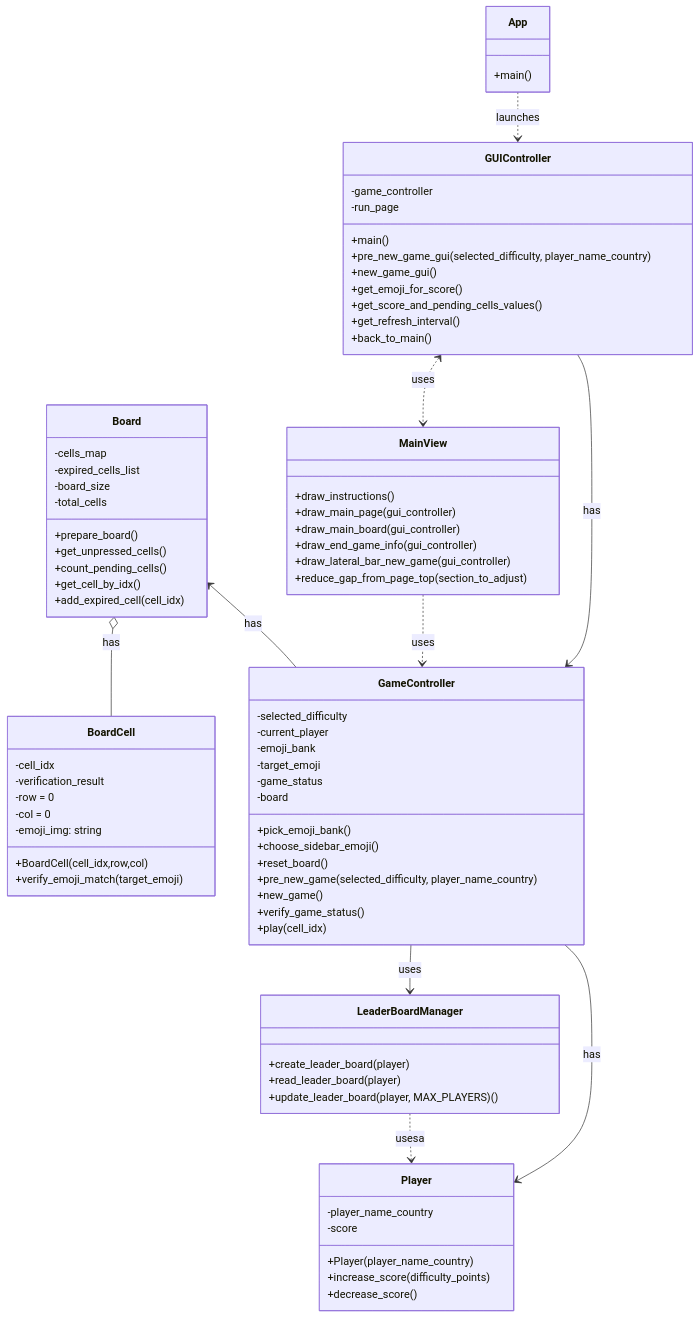
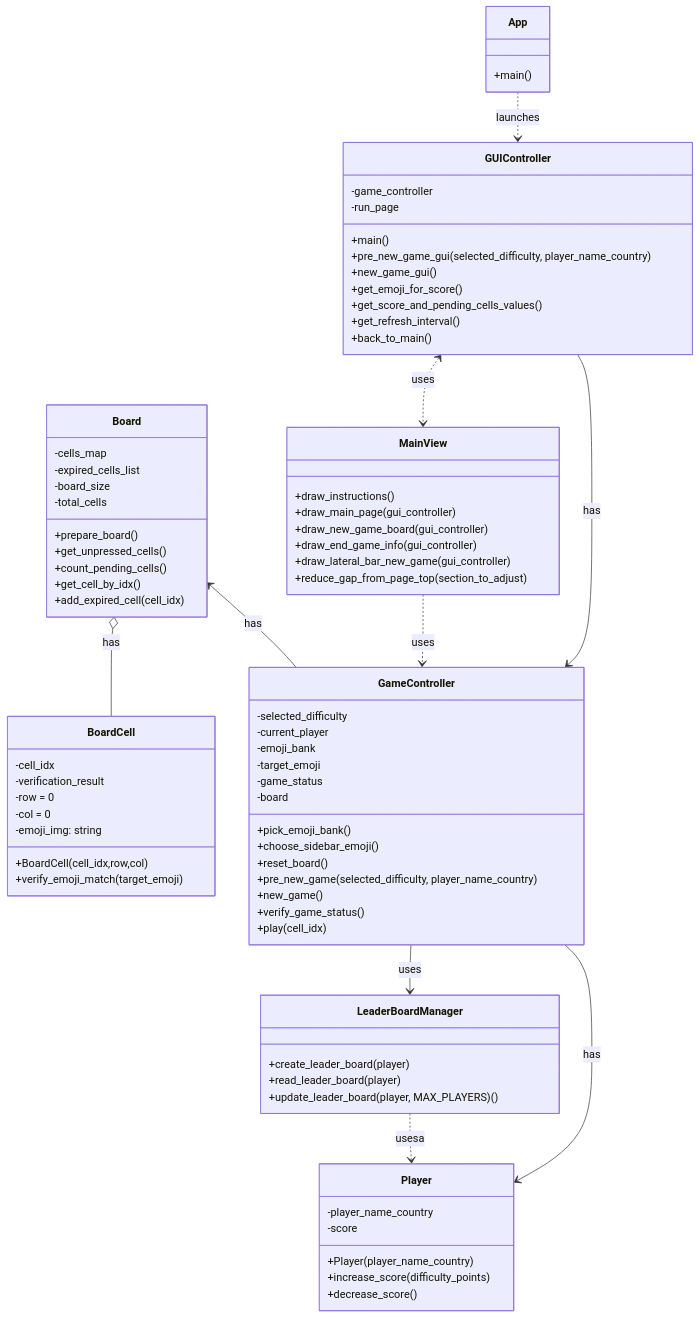
Before and after one commit to 300CIS017-Object-Oriented-Programming/9.-pixmatch_refactor: the diagram in README.md, drawn with Mermaid. The commit also changed 6 other files, not shown here.

````diff
--- a/README.md
+++ b/README.md
@@ -35,82 +35,82 @@
 ```mermaid
 classDiagram
     class GameController {
         -selected_difficulty
         -current_player
         -emoji_bank
         -target_emoji
         -game_status
         -board
         +pick_emoji_bank()
         +choose_sidebar_emoji()
         +reset_board()
         +pre_new_game(selected_difficulty, player_name_country)
         +new_game()
         +verify_game_status()
         +play(cell_idx)
     }
     class GUIController {
         -game_controller
         -run_page
         +main()
         +pre_new_game_gui(selected_difficulty, player_name_country)
         +new_game_gui()
         +get_emoji_for_score()
         +get_score_and_pending_cells_values()
         +get_refresh_interval()
         +back_to_main()
     }
     class Board {
         -cells_map
         -expired_cells_list
         -board_size
         -total_cells 
         +prepare_board()
         +get_unpressed_cells()
         +count_pending_cells()
         +get_cell_by_idx()
         +add_expired_cell(cell_idx)
     }
     class BoardCell {
         -cell_idx
         -verification_result
         -row = 0
         -col = 0
         -emoji_img: string
         +BoardCell(cell_idx,row,col)
         +verify_emoji_match(target_emoji)
     }
     class LeaderBoardManager {
         +create_leader_board(player)
         +read_leader_board(player)
         +update_leader_board(player, MAX_PLAYERS)()
     }
     class Player {
         -player_name_country
         -score
         
         +Player(player_name_country)
         +increase_score(difficulty_points)
         +decrease_score()
     }
     class MainView {
         +draw_instructions()
         +draw_main_page(gui_controller)
-        +draw_main_board(gui_controller)
+        +draw_new_game_board(gui_controller)
         +draw_end_game_info(gui_controller)
         +draw_lateral_bar_new_game(gui_controller)
         +reduce_gap_from_page_top(section_to_adjust)
     }
     class App {
         +main()
     }
     GUIController --> GameController : has
     Board <-- GameController : has
     Board o-- BoardCell : has
     GameController --> Player : has
     GameController --> LeaderBoardManager : uses
     LeaderBoardManager ..> Player : usesa
     MainView ..> GameController : uses
     GUIController <..> MainView : uses
     App ..> GUIController : launches
 ```
````
